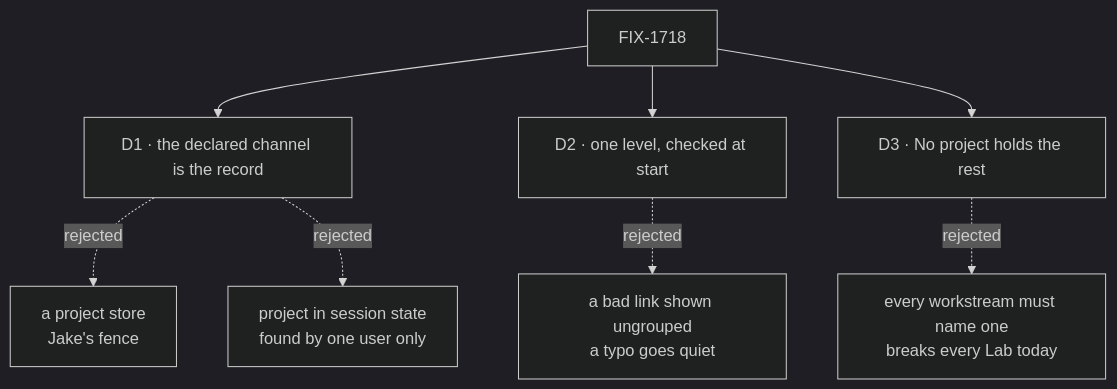
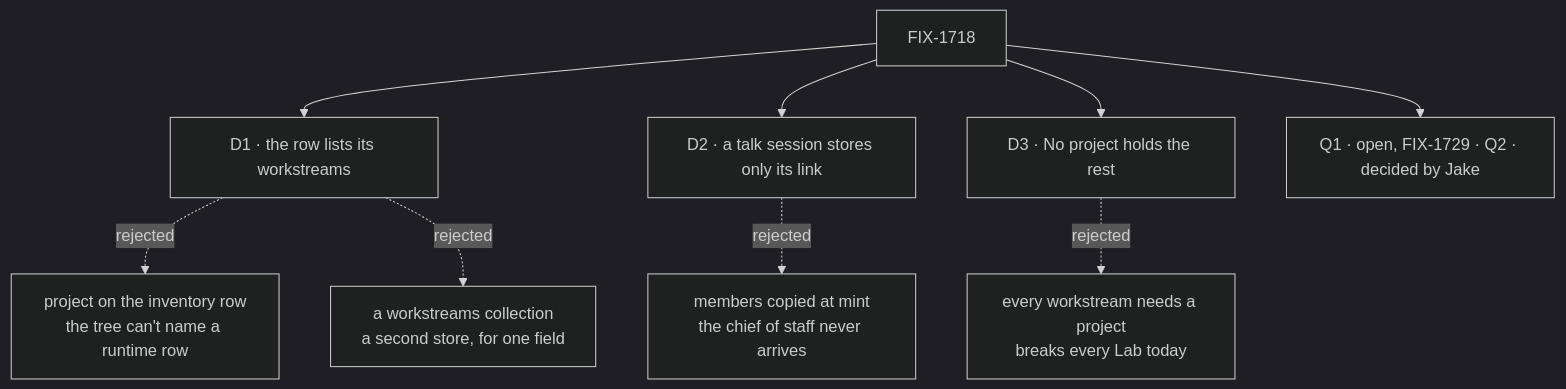
One commit to fixpoint-labs/flow-state-dev changed the diagram in specs/issues/FIX-1718/DECISIONS.md. Above: the diagram before and after it, drawn with Mermaid (dark theme). The commit also changed other lines of this file and 9 other files, not shown here.

````diff
--- a/specs/issues/FIX-1718/DECISIONS.md
+++ b/specs/issues/FIX-1718/DECISIONS.md
@@ -12,10 +14,11 @@
 ```mermaid
 flowchart TD
-  I["FIX-1718"] --> D1["D1 · the declared channel is the record"]
-  D1 -.->|"rejected"| X1["a project store<br/>Jake's fence"]
-  D1 -.->|"rejected"| X2["project in session state<br/>found by one user only"]
-  I --> D2["D2 · one level, checked at start"]
-  D2 -.->|"rejected"| X3["a bad link shown ungrouped<br/>a typo goes quiet"]
+  I["FIX-1718"] --> D1["D1 · the row lists its workstreams"]
+  D1 -.->|"rejected"| X1["project on the inventory row<br/>the tree can't name a runtime row"]
+  D1 -.->|"rejected"| X2["a workstreams collection<br/>a second store, for one field"]
+  I --> D2["D2 · a talk session stores only its link"]
+  D2 -.->|"rejected"| X3["members copied at mint<br/>the chief of staff never arrives"]
   I --> D3["D3 · No project holds the rest"]
-  D3 -.->|"rejected"| X4["every workstream must name one<br/>breaks every Lab today"]
+  D3 -.->|"rejected"| X4["every workstream needs a project<br/>breaks every Lab today"]
+  I --> Q["Q1 · open, FIX-1729 · Q2 · decided by Jake"]
 ```
````
